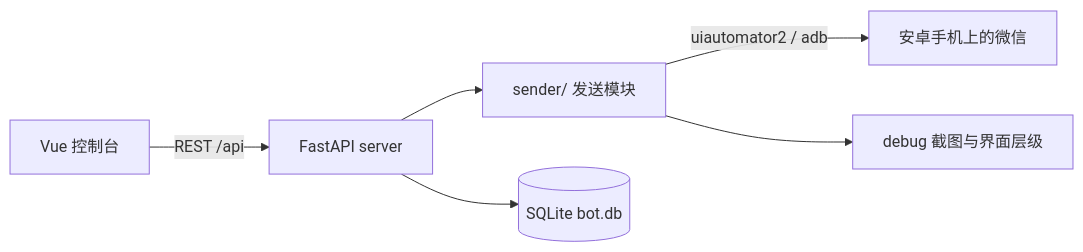
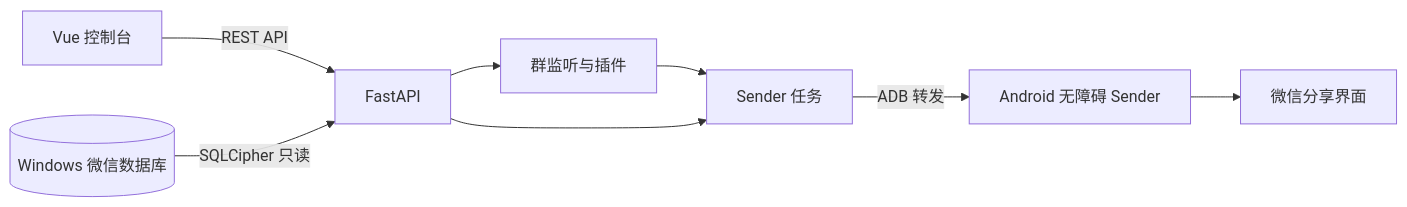
Before and after one commit to YaoZeyuan/wechat-bot: the diagram in README.md, drawn with Mermaid. The commit also changed other lines of this file, not shown here.

````diff
--- a/README.md
+++ b/README.md
@@ -17,8 +12,10 @@
 ```mermaid
 flowchart LR
-  A[Vue 控制台] -->|REST /api| B[FastAPI server]
-  B --> C[sender/ 发送模块]
-  C -->|uiautomator2 / adb| D[安卓手机上的微信]
-  B --> E[(SQLite bot.db)]
-  C --> F[debug 截图与界面层级]
+  A[Vue 控制台] -->|REST API| B[FastAPI]
+  C[(Windows 微信数据库)] -->|SQLCipher 只读| B
+  B --> D[群监听与插件]
+  D --> E[Sender 任务]
+  B --> E
+  E -->|ADB 转发| F[Android 无障碍 Sender]
+  F --> G[微信分享界面]
 ```
````
